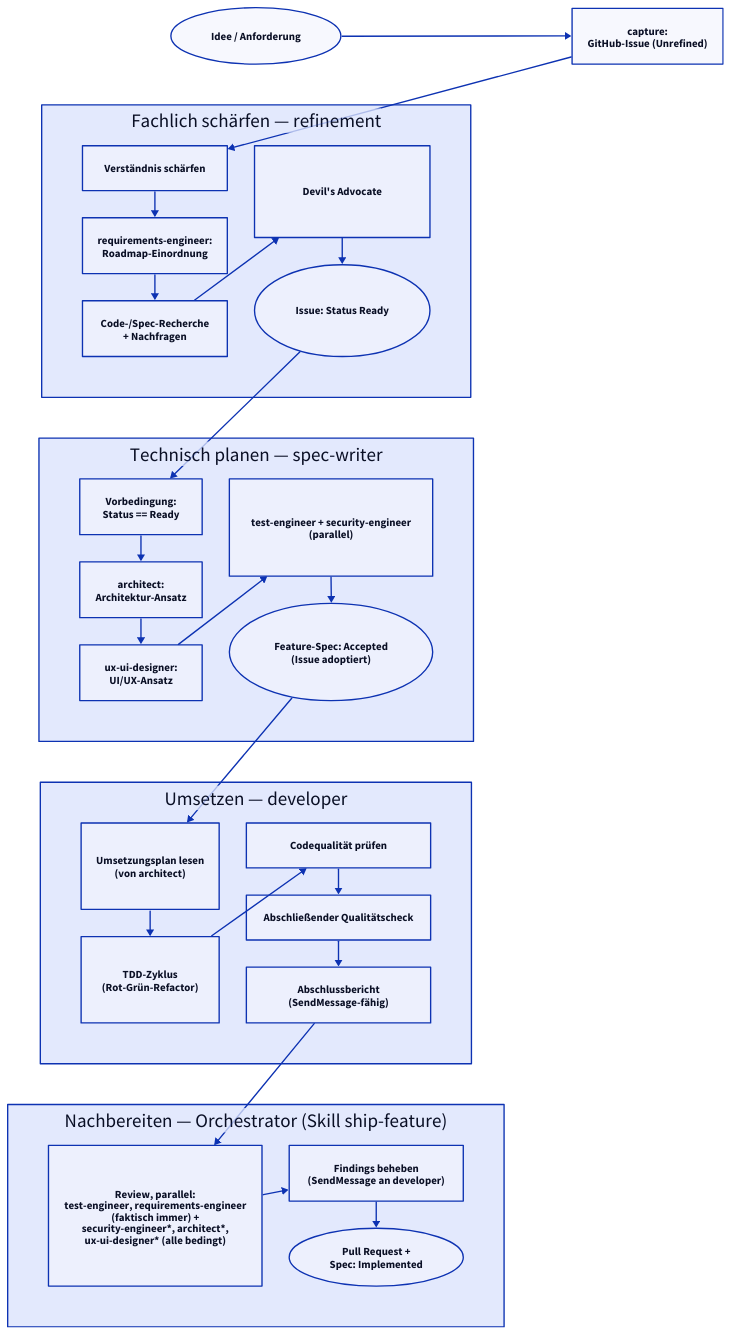
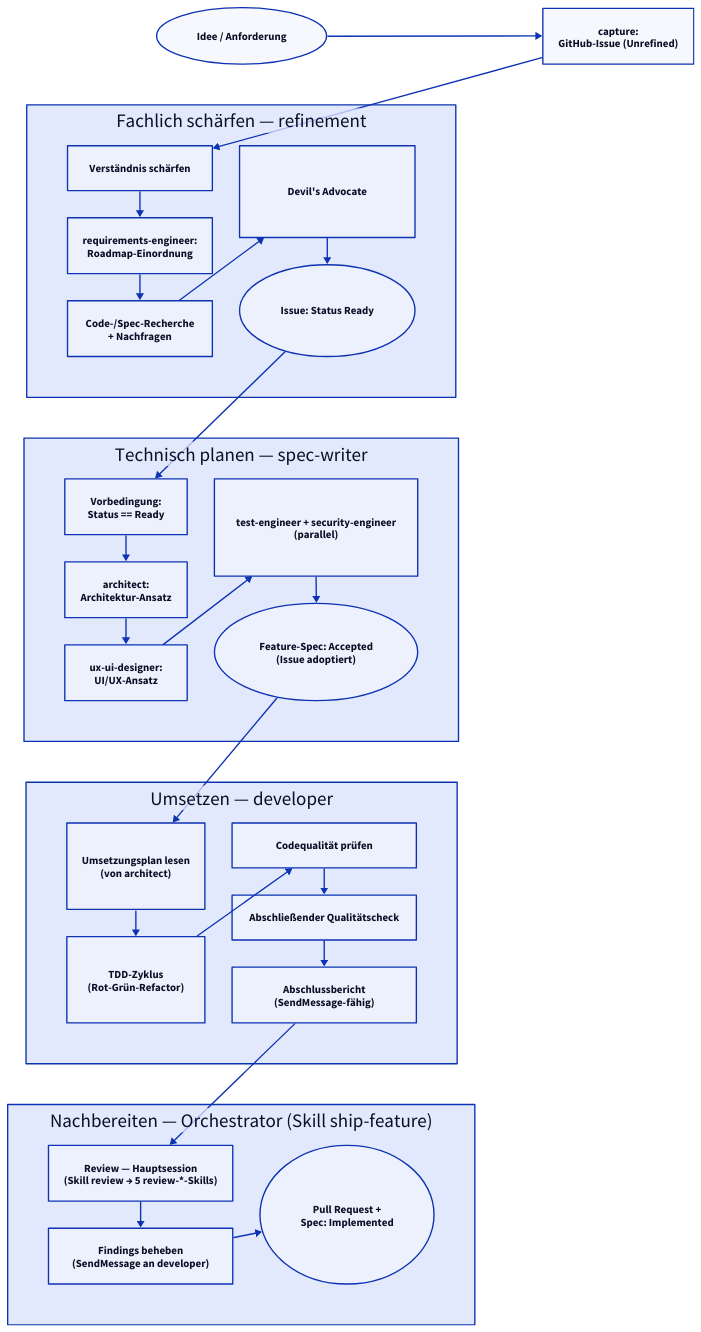
The diagram in specs/diagrams/workflow-overview.d2 (TheRealKoller/photosort), drawn with D2 before and after one commit. The commit also changed 1 other file, not shown here.

Commit message:
docs(diagrams): workflow-overview review-Knoten auf review-Orchestrator umstellen (Spec 0064)
Der Review-Knoten im shipfeature-Subgraph zeigt jetzt "Review —
Hauptsession (Skill review → 5 review-*-Skills)" statt der fünf
parallelen Review-Subagenten. Neu gerendert via
scripts/render-diagrams.sh (d2 v0.8.1).

Bezug: specs/features/0064, ADR 0040.

Claude-Session: https://claude.ai/code/session_013MwfSghKnbnkDPBckxcRcj

```diff
--- a/specs/diagrams/workflow-overview.d2
+++ b/specs/diagrams/workflow-overview.d2
@@ -1,87 +1,93 @@
 # Migriert aus dem bisherigen Mermaid-Flowchart in README.md.
 # Siehe ADR specs/decisions/0013-diagram-tooling-d2.md und
 # Feature-Spec specs/features/0018-diagram-tooling-migration.md.
 # Rendern: scripts/render-diagrams.sh (ruft "d2 --sketch" auf).
 #
 # Layout bewusst als kompaktes Grid statt einer einzelnen langen Kette pro
 # Subgraph (Akzeptanzkriterium "kompakter/weniger vertikaler Platzverbrauch"
 # als das bisherige Mermaid-Flowchart) - Inhalt/Knoten/Kanten sind eine reine
 # 1:1-Uebersetzung des bisherigen Diagramms, nur die Anordnung ist neu.
 #
 # Aktualisiert fuer Feature-Spec specs/features/0046-review-agenten-und-pr-workflow-orchestrator.md /
 # ADR specs/decisions/0024-review-agenten-und-pr-workflow-beim-orchestrator.md: Review- und
 # PR-Knoten liegen jetzt im eigenen "shipfeature"-Subgraph (Orchestrator, Skill ship-feature)
 # statt im "implement"-Subgraph (developer) - developer endet stattdessen mit dem
 # SendMessage-faehigen Abschlussbericht.
 #
 # Aktualisiert fuer Feature-Spec specs/features/0059-story-lebenszyklus-github-issues.md /
 # ADR specs/decisions/0036-github-issue-natives-story-refinement-inbox-entfaellt.md: der
 # bisherige monolithische "refine"-Subgraph (damals idea-sharpener) ist in zwei Subgraphen
 # aufgeteilt - "refine" (Skill refinement, faktisch immer/Haiku-lastig, Ergebnis: Story-Issue
 # statt Datei) und "sharpen" (Skill spec-writer, reduziert auf Architektur/UX/Test/Security/
 # Spec-Anlage, adoptiert das bestehende Issue statt ein neues anzulegen).
+#
+# Aktualisiert fuer Feature-Spec specs/features/0064-ki-workflow-schritte-2-8-konsolidiert.md /
+# ADR specs/decisions/0040-ki-workflow-schritte-2-8-konsolidiert.md: der Review-Knoten im
+# "shipfeature"-Subgraph laeuft jetzt als Hauptsession-Skill "review" (Orchestrator), der die
+# fuenf Perspektiven-Skills review-tests/review-requirements/review-security/review-architecture/
+# review-ux nacheinander aufruft - keine fuenf parallelen Review-Subagenten mehr.
 #
 # Gerendert/verifiziert mit d2 v0.8.1 (https://github.com/d2lang/d2/releases).
 
 direction: right
 
 idea: "Idee / Anforderung" {
   shape: oval
 }
 capture: "capture:\nGitHub-Issue (Unrefined)"
 
 idea -> capture
 
 refine: "Fachlich schärfen — refinement" {
   grid-columns: 2
   understand: "Verständnis schärfen"
   re: "requirements-engineer:\nRoadmap-Einordnung"
   research: "Code-/Spec-Recherche\n+ Nachfragen"
   devil: "Devil's Advocate"
   story: "Issue: Status Ready" {
     shape: oval
   }
 
   understand -> re -> research -> devil -> story
 }
 
 sharpen: "Technisch planen — spec-writer" {
   grid-columns: 2
   precheck: "Vorbedingung:\nStatus == Ready"
   arch: "architect:\nArchitektur-Ansatz"
   ux: "ux-ui-designer:\nUI/UX-Ansatz"
   testsec: "test-engineer + security-engineer\n(parallel)"
   spec: "Feature-Spec: Accepted\n(Issue adoptiert)" {
     shape: oval
   }
 
   precheck -> arch -> ux -> testsec -> spec
 }
 
 implement: "Umsetzen — developer" {
   grid-columns: 2
   plan: "Umsetzungsplan lesen\n(von architect)"
   tdd: "TDD-Zyklus\n(Rot-Grün-Refactor)"
   quality: "Codequalität prüfen"
   final: "Abschließender Qualitätscheck"
   report: "Abschlussbericht\n(SendMessage-fähig)"
 
   plan -> tdd -> quality -> final -> report
 }
 
 shipfeature: "Nachbereiten — Orchestrator (Skill ship-feature)" {
   grid-columns: 2
-  review: "Review, parallel:\ntest-engineer, requirements-engineer\n(faktisch immer) +\nsecurity-engineer*, architect*,\nux-ui-designer* (alle bedingt)"
+  review: "Review — Hauptsession\n(Skill review → 5 review-*-Skills)"
   fix: "Findings beheben\n(SendMessage an developer)"
   pr: "Pull Request +\nSpec: Implemented" {
     shape: oval
   }
 
   review -> fix -> pr
 }
 
 implement.report -> shipfeature.review
 
 capture -> refine.understand
 refine.story -> sharpen.precheck
 sharpen.spec -> implement.plan
```
